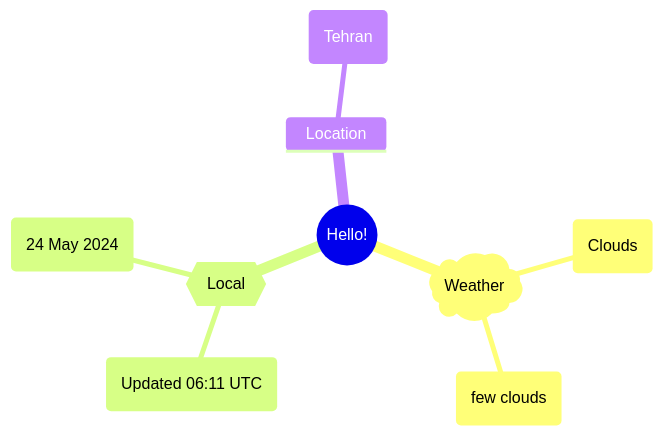
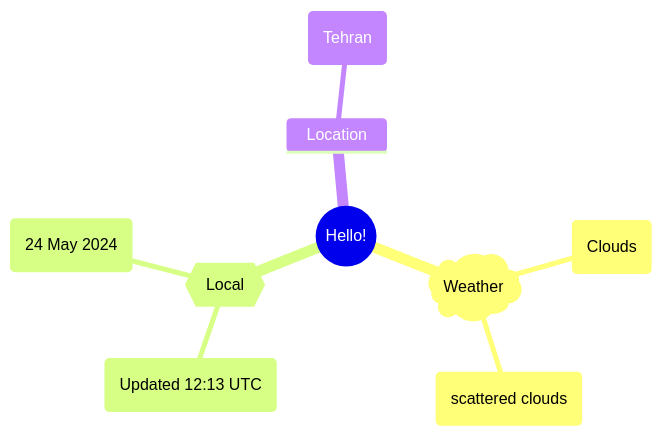
One commit to Xosrov/Xosrov changed the first of 2 diagrams in README.md. Above: the diagram before and after it, drawn with Mermaid.

Commit message:
[bot] updated images

````diff
--- a/README.md
+++ b/README.md
@@ -3,12 +3,12 @@
 ```mermaid
 mindmap
   root((Hello!))
     )Weather(
         (Clouds)
-        (few clouds)
+        (scattered clouds)
     {{Local}}
-        (Updated 06:11 UTC)
+        (Updated 12:13 UTC)
         (24 May 2024)
     Location
         (Tehran)
 ```
````
